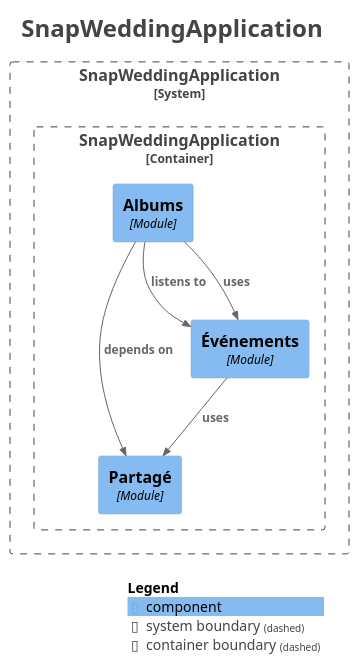
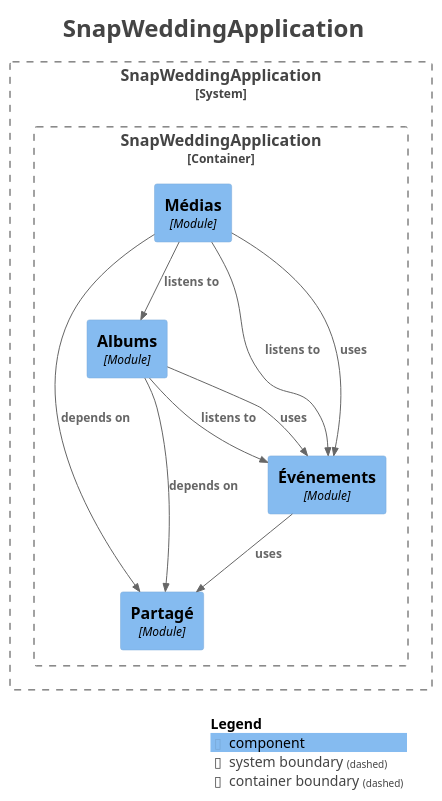
One commit to MatMry31/snapwedding changed the diagram in docs/modulith/components.puml. Above: the diagram before and after it, drawn with PlantUML. The commit also changed 30 other files, not shown here.

```diff
--- a/docs/modulith/components.puml
+++ b/docs/modulith/components.puml
@@ -1,34 +1,39 @@
 @startuml
 title <size:24>SnapWeddingApplication</size>
 
 set separator none
 top to bottom direction
 
 <style>
   root {
     BackgroundColor: #ffffff
     FontColor: #444444
   }
 </style>
 
 !include <C4/C4>
 !include <C4/C4_Context>
 !include <C4/C4_Component>
 
 System_Boundary("SnapWeddingApplication_boundary", "SnapWeddingApplication", $tags="") {
   Container_Boundary("SnapWeddingApplication.SnapWeddingApplication_boundary", "SnapWeddingApplication", $tags="") {
     Component(SnapWeddingApplication.SnapWeddingApplication.Partagé, "Partagé", $techn="Module", $descr="", $tags="", $link="")
     Component(SnapWeddingApplication.SnapWeddingApplication.Événements, "Événements", $techn="Module", $descr="", $tags="", $link="")
     Component(SnapWeddingApplication.SnapWeddingApplication.Albums, "Albums", $techn="Module", $descr="", $tags="", $link="")
+    Component(SnapWeddingApplication.SnapWeddingApplication.Médias, "Médias", $techn="Module", $descr="", $tags="", $link="")
   }
 
 }
 
 Rel(SnapWeddingApplication.SnapWeddingApplication.Événements, SnapWeddingApplication.SnapWeddingApplication.Partagé, "uses", $techn="", $tags="", $link="")
 Rel(SnapWeddingApplication.SnapWeddingApplication.Albums, SnapWeddingApplication.SnapWeddingApplication.Événements, "listens to", $techn="", $tags="", $link="")
 Rel(SnapWeddingApplication.SnapWeddingApplication.Albums, SnapWeddingApplication.SnapWeddingApplication.Partagé, "depends on", $techn="", $tags="", $link="")
 Rel(SnapWeddingApplication.SnapWeddingApplication.Albums, SnapWeddingApplication.SnapWeddingApplication.Événements, "uses", $techn="", $tags="", $link="")
+Rel(SnapWeddingApplication.SnapWeddingApplication.Médias, SnapWeddingApplication.SnapWeddingApplication.Événements, "listens to", $techn="", $tags="", $link="")
+Rel(SnapWeddingApplication.SnapWeddingApplication.Médias, SnapWeddingApplication.SnapWeddingApplication.Albums, "listens to", $techn="", $tags="", $link="")
+Rel(SnapWeddingApplication.SnapWeddingApplication.Médias, SnapWeddingApplication.SnapWeddingApplication.Partagé, "depends on", $techn="", $tags="", $link="")
+Rel(SnapWeddingApplication.SnapWeddingApplication.Médias, SnapWeddingApplication.SnapWeddingApplication.Événements, "uses", $techn="", $tags="", $link="")
 
 SHOW_LEGEND(true)
 hide stereotypes
 @enduml
```
